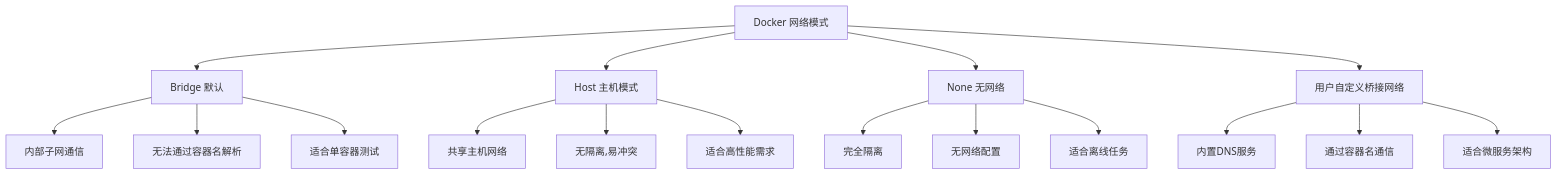
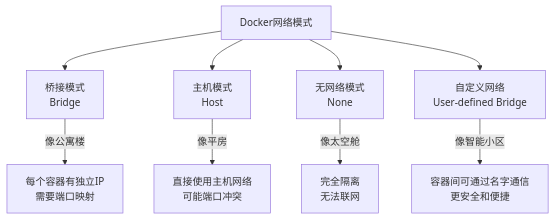
One commit to Tender-Liu/LinuxDevOps changed the first of 4 diagrams in Docker入门与放弃/day3-Docker进阶技术与企业级实践.md. Above: the diagram before and after it, drawn with Mermaid. The commit also changed other lines of this file, not shown here.

Commit message:
docker day3

````diff
--- a/Docker入门与放弃/day3-Docker进阶技术与企业级实践.md
+++ b/Docker入门与放弃/day3-Docker进阶技术与企业级实践.md
@@ -50,20 +50,13 @@
 ```mermaid
-graph TD
-    A[Docker 网络模式] --> B[Bridge 默认]
-    A --> C[Host 主机模式]
-    A --> D[None 无网络]
-    A --> E[用户自定义桥接网络]
-    B --> B1[内部子网通信]
-    B --> B2[无法通过容器名解析]
-    B --> B3[适合单容器测试]
-    C --> C1[共享主机网络]
-    C --> C2[无隔离,易冲突]
-    C --> C3[适合高性能需求]
-    D --> D1[完全隔离]
-    D --> D2[无网络配置]
-    D --> D3[适合离线任务]
-    E --> E1[内置DNS服务]
-    E --> E2[通过容器名通信]
-    E --> E3[适合微服务架构]
+graph TB
+    A[Docker网络模式] --> B[桥接模式<br>Bridge]
+    A --> C[主机模式<br>Host]
+    A --> D[无网络模式<br>None]
+    A --> E[自定义网络<br>User-defined Bridge]
+    
+    B -->|像公寓楼| B1[每个容器有独立IP<br>需要端口映射]
+    C -->|像平房| C1[直接使用主机网络<br>可能端口冲突]
+    D -->|像太空舱| D1[完全隔离<br>无法联网]
+    E -->|像智能小区| E1[容器间可通过名字通信<br>更安全和便捷]
 
 ```
````
